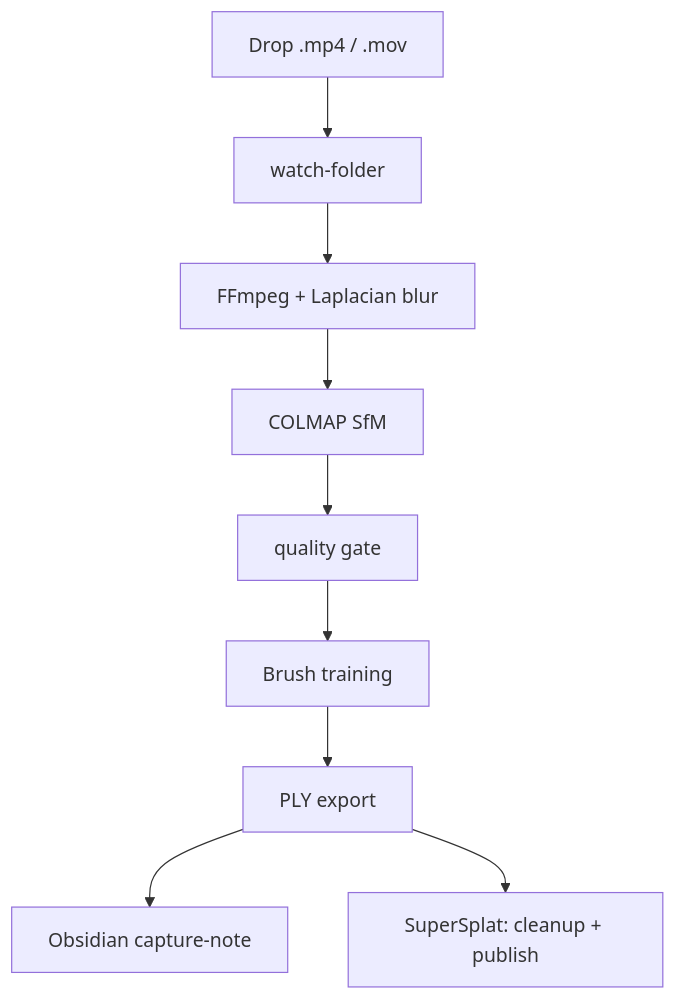
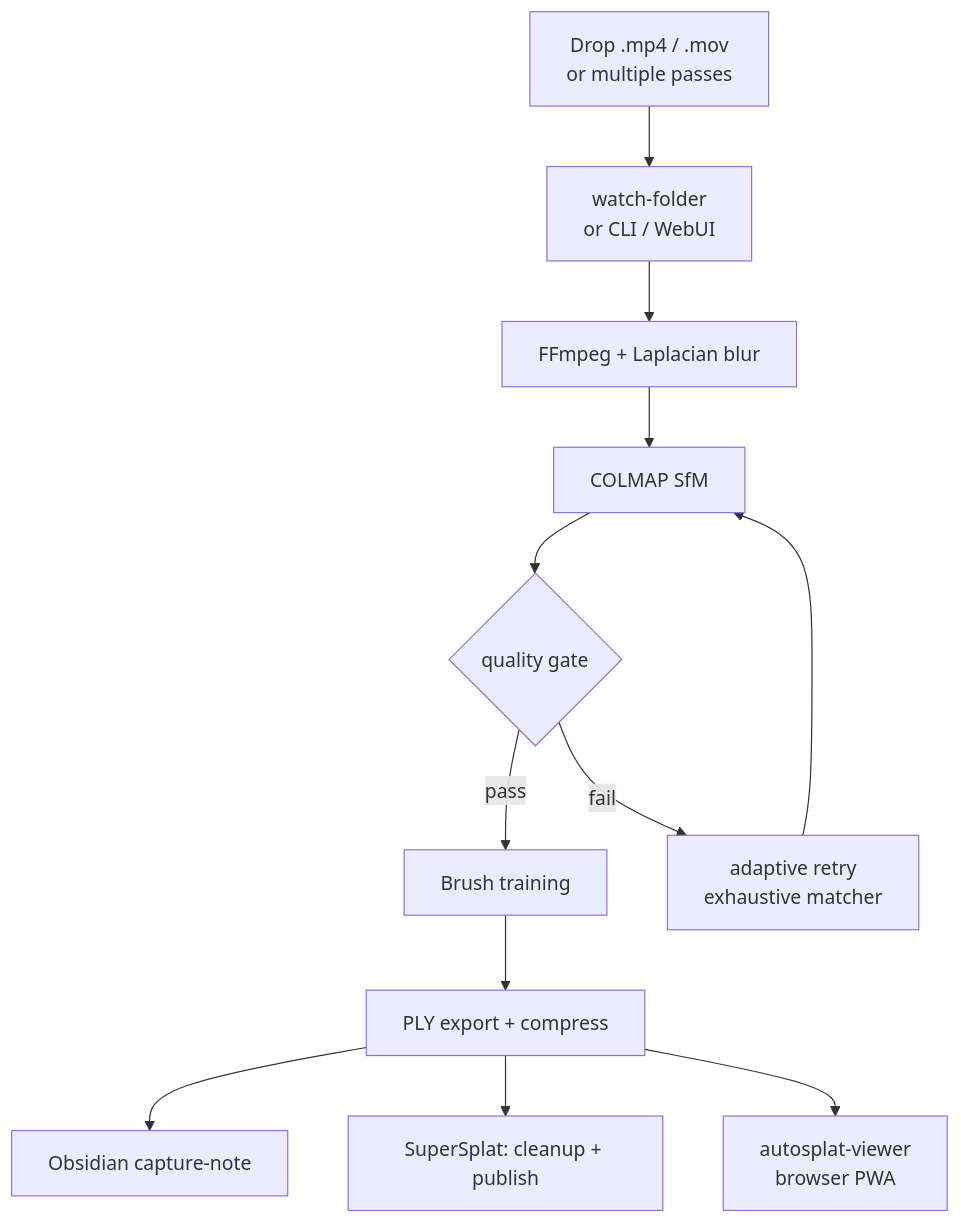
The diagram in pipeline/README.md (johannes-kaindl/autosplat), drawn with Mermaid before and after one commit. The commit also changed other lines of this file and 5 other files, not shown here.

````diff
--- a/pipeline/README.md
+++ b/pipeline/README.md
@@ -27,11 +30,14 @@
 ```mermaid
 flowchart TD
-    A[Drop .mp4 / .mov] --> B[watch-folder]
+    A[Drop .mp4 / .mov<br/>or multiple passes] --> B[watch-folder<br/>or CLI / WebUI]
     B --> C[FFmpeg + Laplacian blur]
     C --> D[COLMAP SfM]
-    D --> E[quality gate]
-    E --> F[Brush training]
-    F --> G[PLY export]
+    D --> E{quality gate}
+    E -->|pass| F[Brush training]
+    E -->|fail| R[adaptive retry<br/>exhaustive matcher]
+    R --> D
+    F --> G[PLY export + compress]
     G --> H[Obsidian capture-note]
     G --> I[SuperSplat: cleanup + publish]
+    G --> V[autosplat-viewer<br/>browser PWA]
 ```
````
